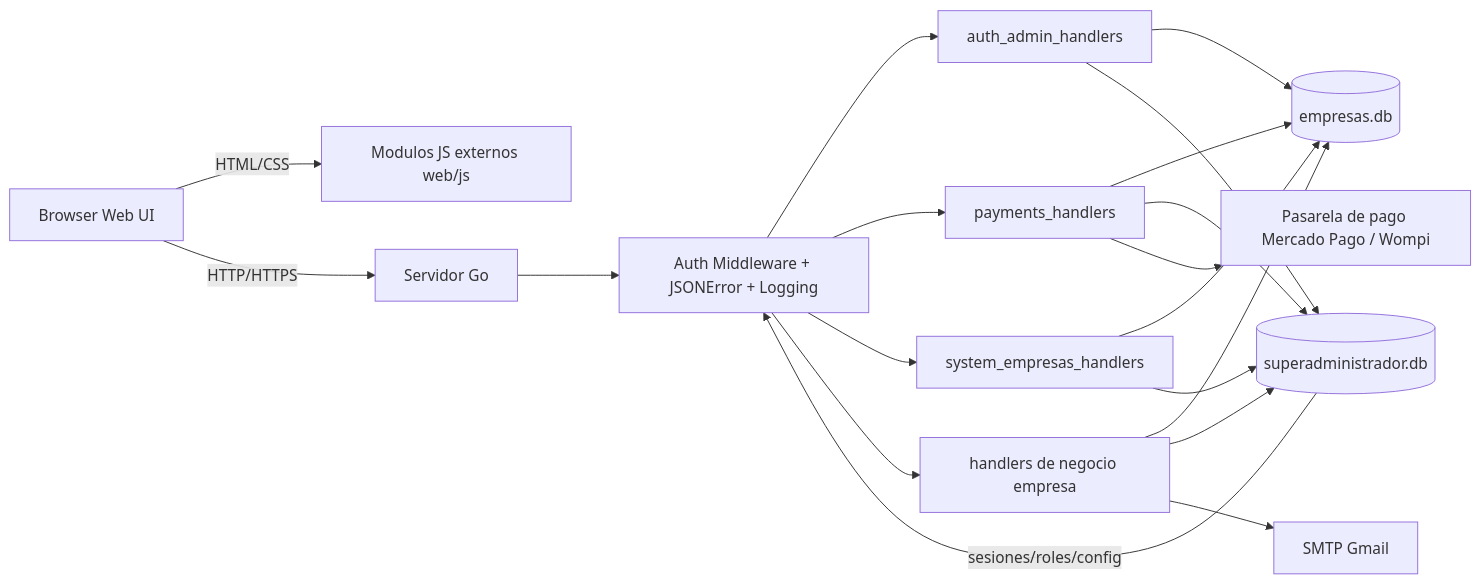
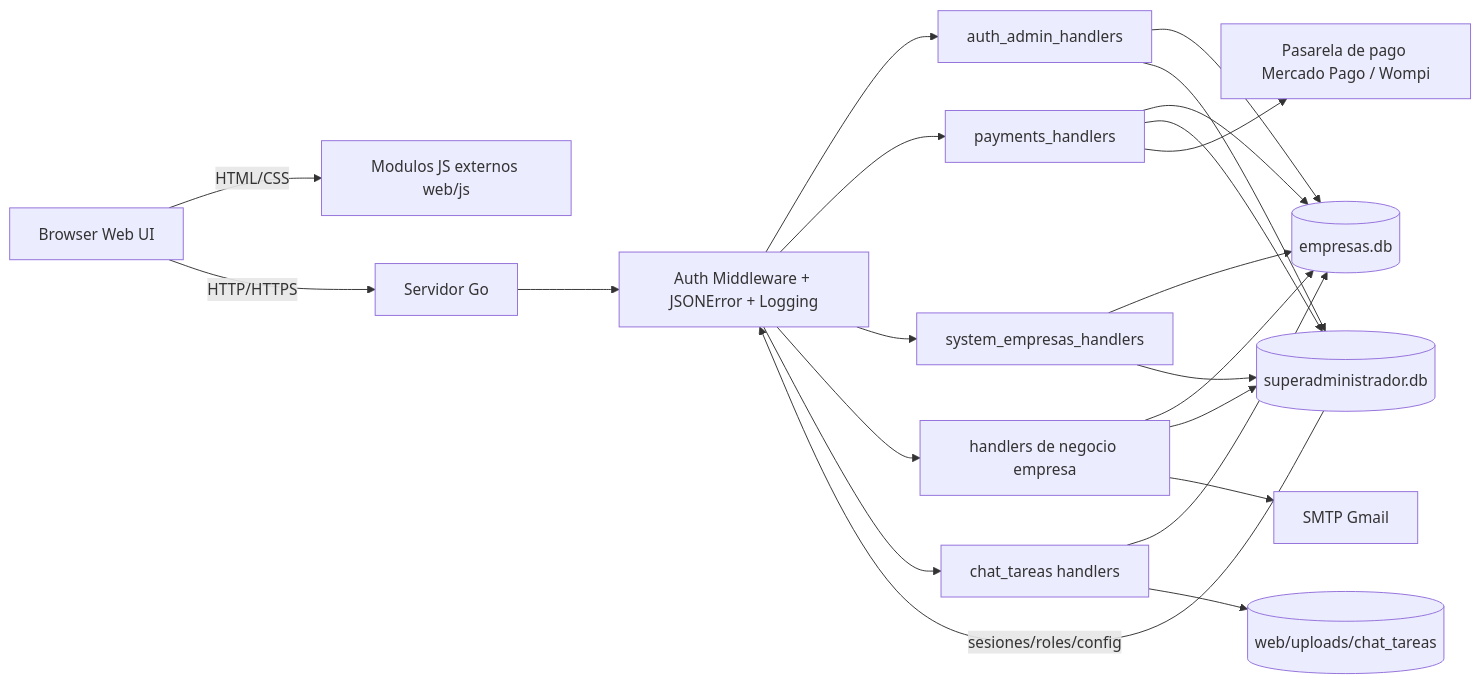
The diagram in documentos/diagramas/diagrama_arquitectura_sistema.md (powerfulcontrolsystem1/powerfulcontrolsystem), drawn with Mermaid before and after one commit. The commit also changed other lines of this file and 20 other files, not shown here.

````diff
--- a/documentos/diagramas/diagrama_arquitectura_sistema.md
+++ b/documentos/diagramas/diagrama_arquitectura_sistema.md
@@ -5,36 +5,41 @@
 ```mermaid
 flowchart LR
     U[Browser Web UI]
     JS[Modulos JS externos web/js]
     S[Servidor Go]
     M[Auth Middleware + JSONError + Logging]
     H1[auth_admin_handlers]
     H2[payments_handlers]
     H3[system_empresas_handlers]
     H4[handlers de negocio empresa]
+    H5[chat_tareas handlers]
     DB1[(empresas.db)]
     DB2[(superadministrador.db)]
+    FS[(web/uploads/chat_tareas)]
     SMTP[SMTP Gmail]
     MP[Pasarela de pago Mercado Pago / Wompi]
 
     U -->|HTML/CSS| JS
     U -->|HTTP/HTTPS| S
     S --> M
     M --> H1
     M --> H2
     M --> H3
     M --> H4
+    M --> H5
 
     H1 --> DB1
     H1 --> DB2
     H2 --> DB1
     H2 --> DB2
     H2 --> MP
     H3 --> DB1
     H3 --> DB2
     H4 --> DB1
     H4 --> DB2
     H4 --> SMTP
+    H5 --> DB1
+    H5 --> FS
 
     DB2 -->|sesiones/roles/config| M
 ```
````
